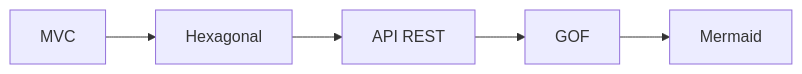
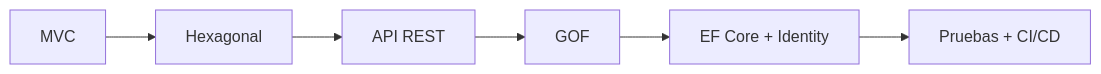
Before and after one commit to Dave2826/ArqSoft-S05-DavidMorales: the second of 2 diagrams in README.md, drawn with Mermaid. The commit also changed other lines of this file, not shown here.

````diff
--- a/README.md
+++ b/README.md
@@ -132,7 +166,8 @@
 ```mermaid
 graph LR
     MVC --> Hexagonal
     Hexagonal --> API[API REST]
     API --> GOF
-    GOF --> Mermaid
+    GOF --> EF[EF Core + Identity]
+    EF --> Tests[Pruebas + CI/CD]
 ```
````
